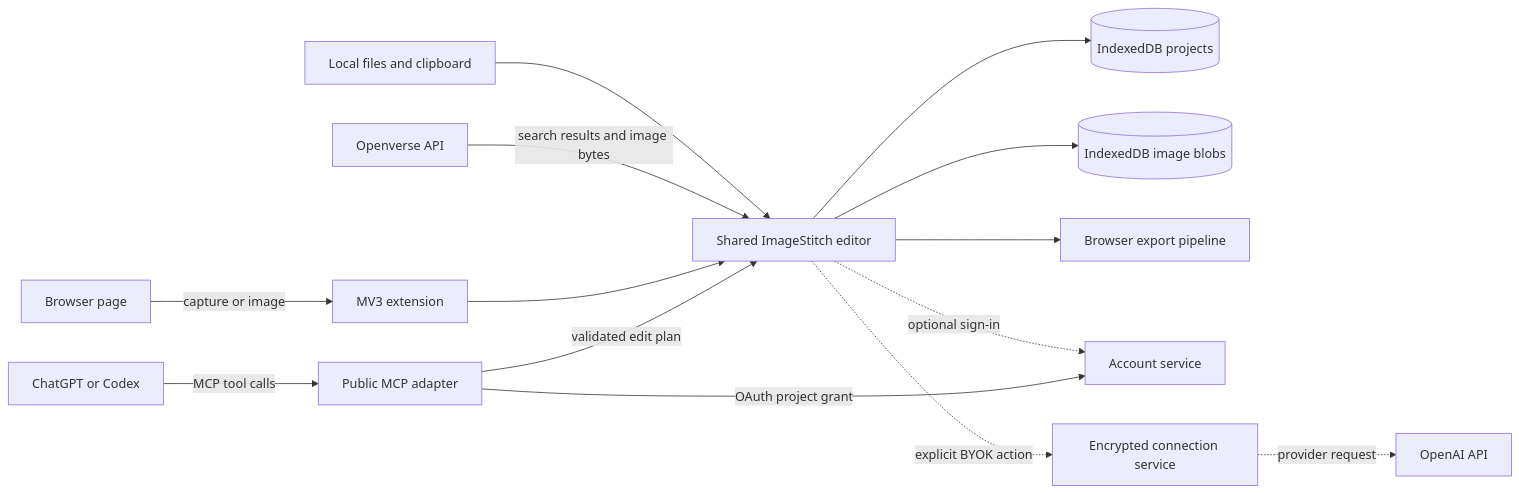
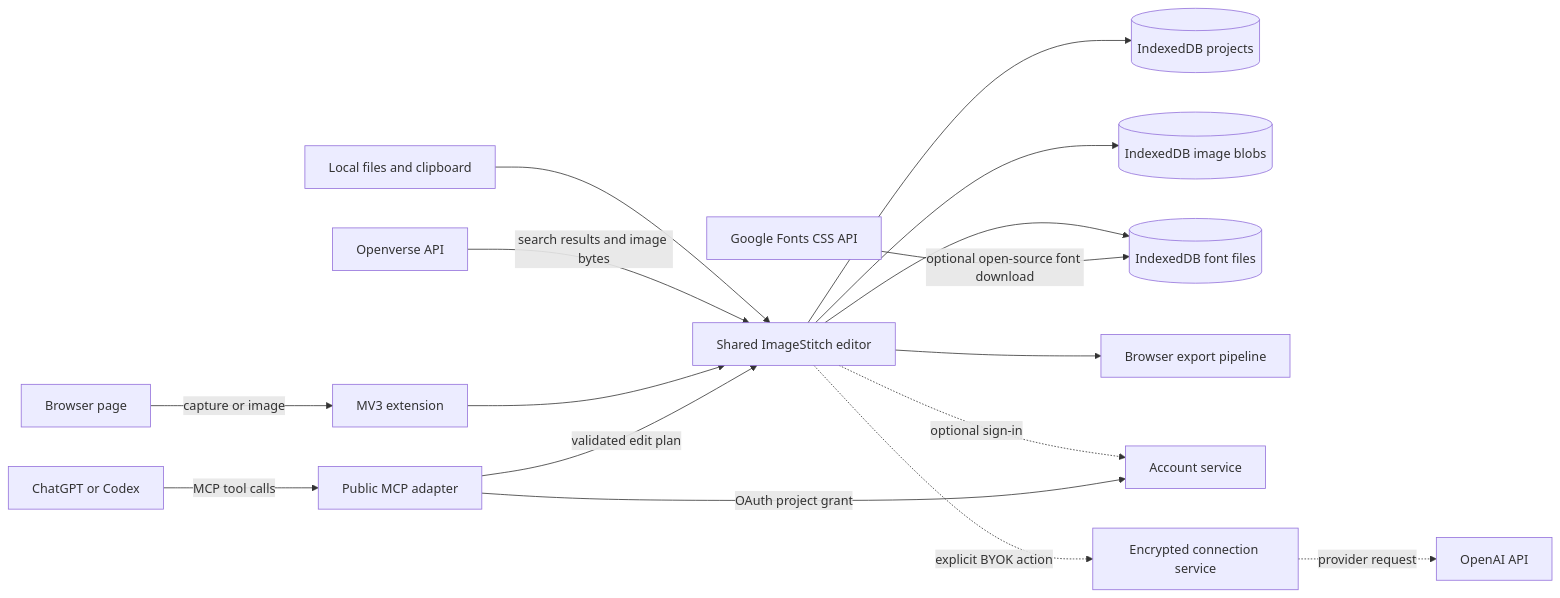
The first of 2 diagrams in docs/ARCHITECTURE.md (Wiplash-ai/image-stitch), drawn with Mermaid before and after one commit. The commit also changed other lines of this file and 18 other files, not shown here.

````diff
--- a/docs/ARCHITECTURE.md
+++ b/docs/ARCHITECTURE.md
@@ -16,16 +16,18 @@
 ```mermaid
 flowchart LR
   Browser[Browser page] -->|capture or image| Extension[MV3 extension]
   Upload[Local files and clipboard] --> Editor
   Openverse[Openverse API] -->|search results and image bytes| Editor
   Extension --> Editor[Shared ImageStitch editor]
   Editor --> ProjectStore[(IndexedDB projects)]
   Editor --> AssetStore[(IndexedDB image blobs)]
+  Editor --> FontStore[(IndexedDB font files)]
+  GoogleFonts[Google Fonts CSS API] -->|optional open-source font download| FontStore
   Editor --> Exporter[Browser export pipeline]
   Editor -. optional sign-in .-> Identity[Account service]
   ChatGPT[ChatGPT or Codex] -->|MCP tool calls| MCP[Public MCP adapter]
   MCP -->|OAuth project grant| Identity
   MCP -->|validated edit plan| Editor
   Editor -. explicit BYOK action .-> Vault[Encrypted connection service]
   Vault -. provider request .-> OpenAI[OpenAI API]
 ```
````
